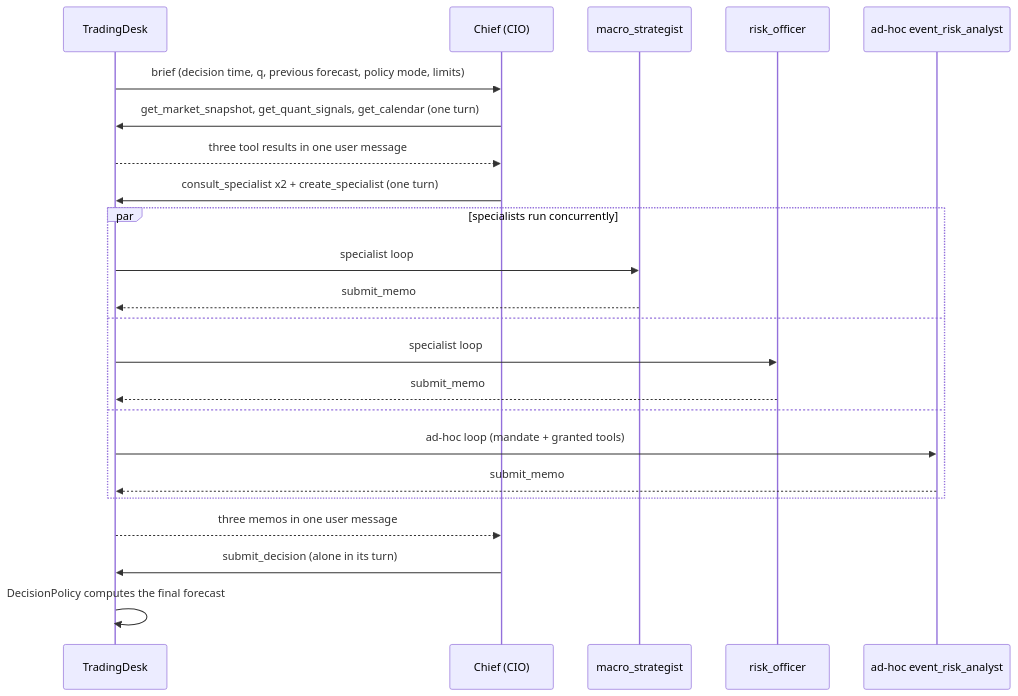
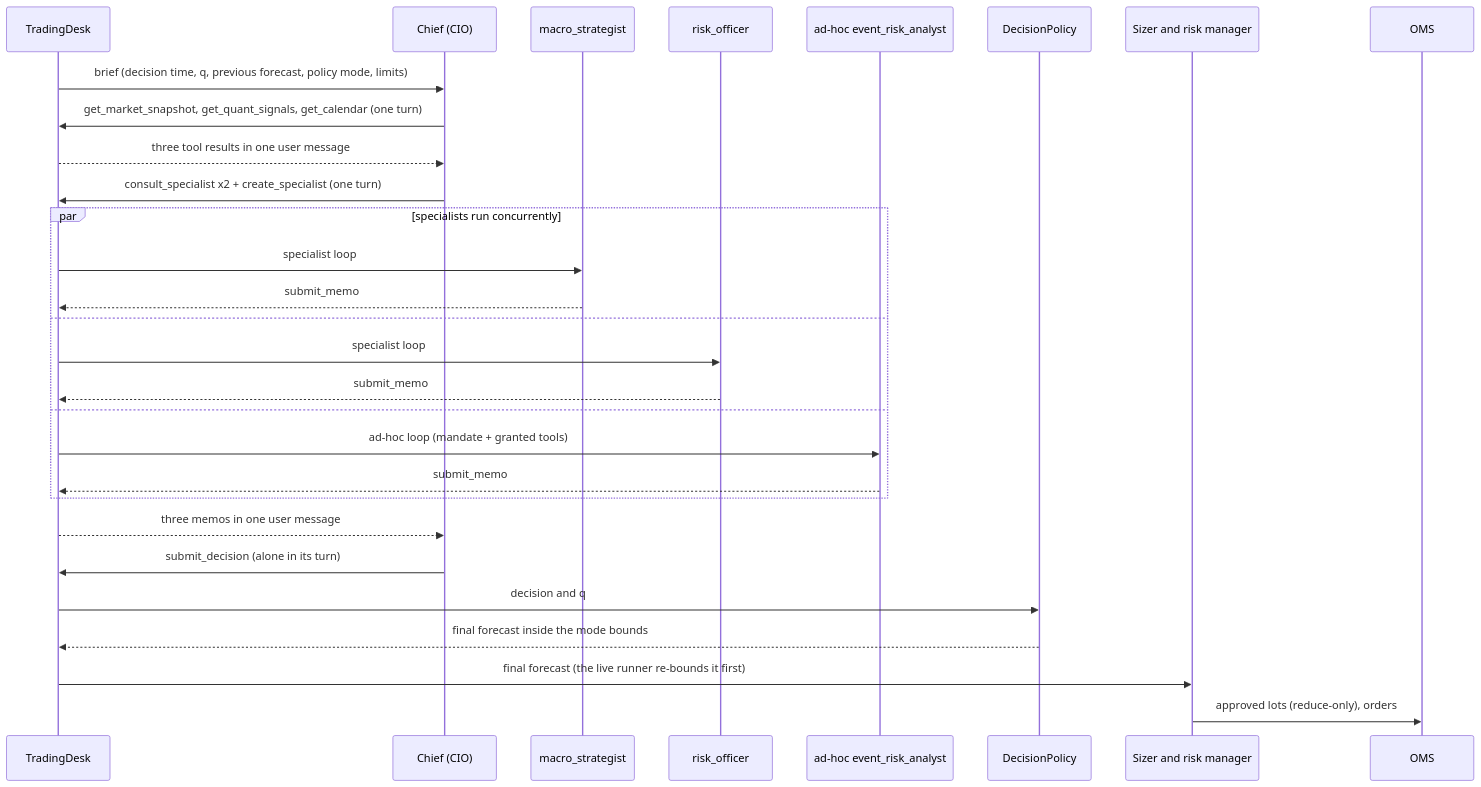
One commit to zero-was-here/tradingbot changed the second of 4 diagrams in docs/llm-desk.md. Above: the diagram before and after it, drawn with Mermaid. The commit also changed other lines of this file and 302 other files, not shown here.

First line of the commit message:
Docs v2.1: math, diagrams and real-data figures for every algorithm

````diff
--- a/docs/llm-desk.md
+++ b/docs/llm-desk.md
@@ -77,25 +91,31 @@
 ```mermaid
 sequenceDiagram
   participant H as TradingDesk
   participant C as Chief (CIO)
   participant M as macro_strategist
   participant R as risk_officer
   participant A as ad-hoc event_risk_analyst
+  participant P as DecisionPolicy
+  participant K as Sizer and risk manager
+  participant O as OMS
   H->>C: brief (decision time, q, previous forecast, policy mode, limits)
   C->>H: get_market_snapshot, get_quant_signals, get_calendar (one turn)
   H-->>C: three tool results in one user message
   C->>H: consult_specialist x2 + create_specialist (one turn)
   par specialists run concurrently
     H->>M: specialist loop
     M-->>H: submit_memo
   and
     H->>R: specialist loop
     R-->>H: submit_memo
   and
     H->>A: ad-hoc loop (mandate + granted tools)
     A-->>H: submit_memo
   end
   H-->>C: three memos in one user message
   C->>H: submit_decision (alone in its turn)
-  H->>H: DecisionPolicy computes the final forecast
+  H->>P: decision and q
+  P-->>H: final forecast inside the mode bounds
+  H->>K: final forecast (the live runner re-bounds it first)
+  K->>O: approved lots (reduce-only), orders
 ```
````
